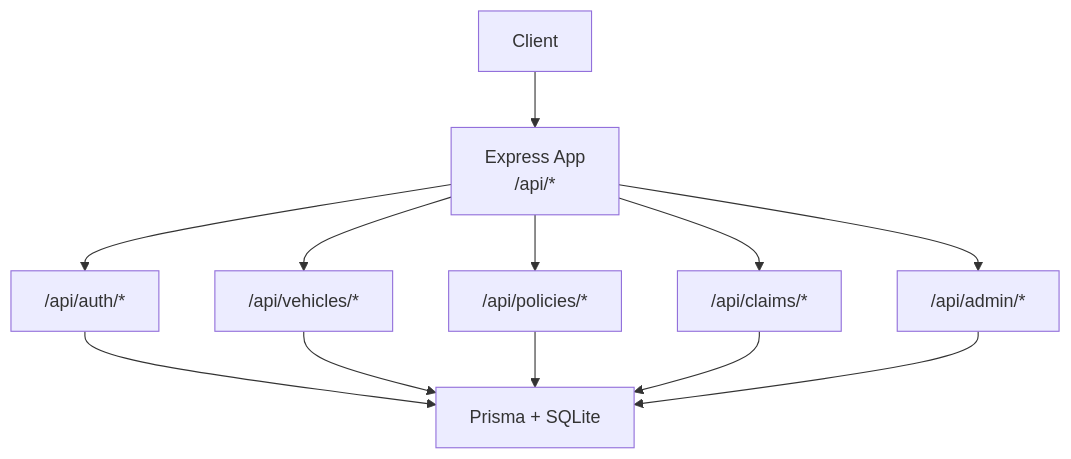
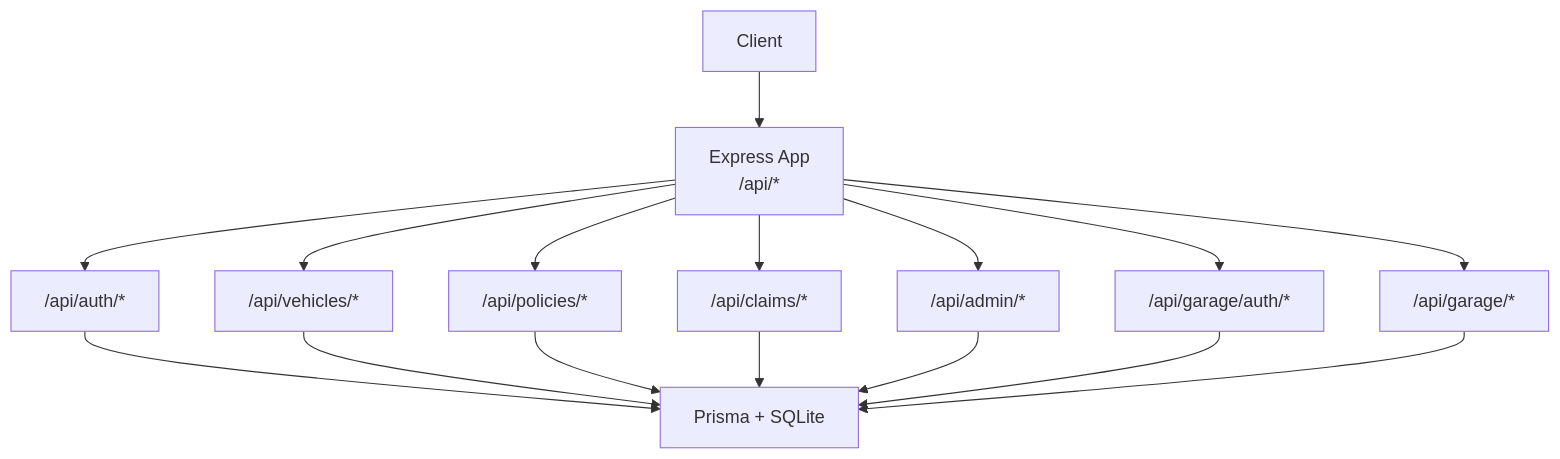
The first of 3 diagrams in .qoder/repowiki/en/content/API Reference/API Reference.md (NaveenHiranya/Smart-Vehicle-Insurance-Claim-System), drawn with Mermaid before and after one commit. The commit also changed other lines of this file and 87 other files, not shown here.

````diff
--- a/.qoder/repowiki/en/content/API Reference/API Reference.md
+++ b/.qoder/repowiki/en/content/API Reference/API Reference.md
@@ -45,14 +48,18 @@
 ```mermaid
 graph TB
 Client["Client"] --> API["Express App<br/>/api/*"]
 API --> AuthRoutes["/api/auth/*"]
 API --> VehicleRoutes["/api/vehicles/*"]
 API --> PolicyRoutes["/api/policies/*"]
 API --> ClaimRoutes["/api/claims/*"]
 API --> AdminRoutes["/api/admin/*"]
+API --> GarageAuthRoutes["/api/garage/auth/*"]
+API --> GarageRoutes["/api/garage/*"]
 AuthRoutes --> DB["Prisma + SQLite"]
 VehicleRoutes --> DB
 PolicyRoutes --> DB
 ClaimRoutes --> DB
 AdminRoutes --> DB
+GarageAuthRoutes --> DB
+GarageRoutes --> DB
 ```
````
